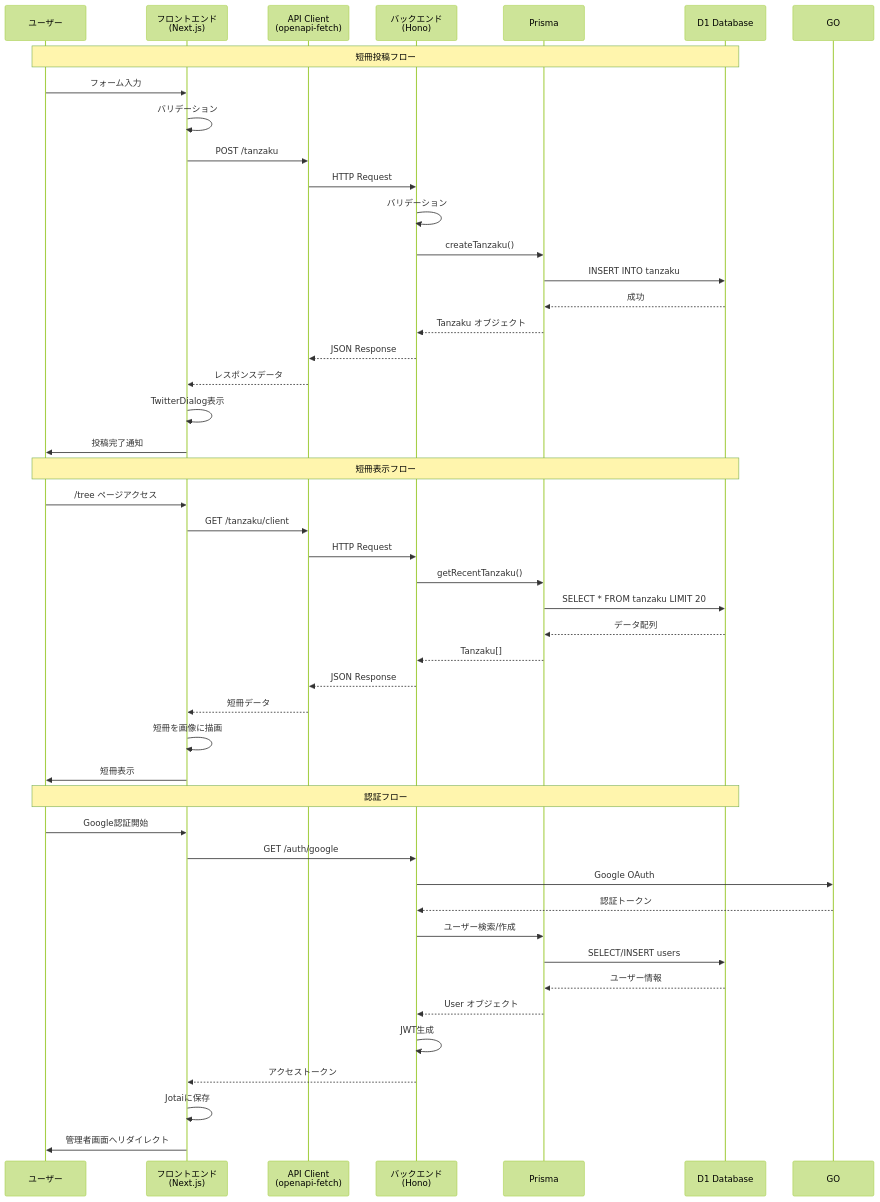
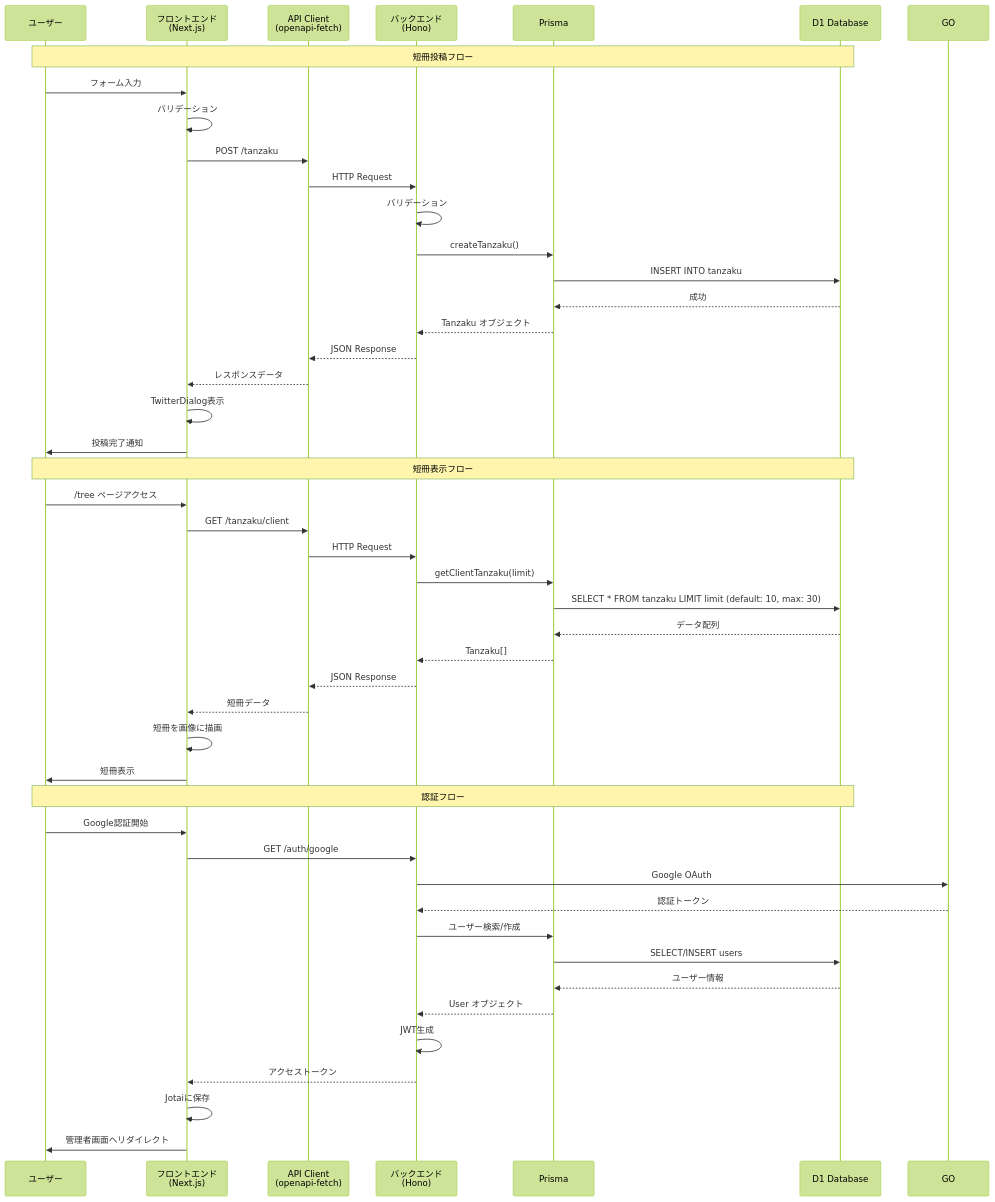
Before and after one commit to itl-marubu/tanzaku-frontend-v2: the fourth of 4 diagrams in architecture.md, drawn with Mermaid (forest theme). The commit also changed other lines of this file and 6 other files, not shown here.

````diff
--- a/architecture.md
+++ b/architecture.md
@@ -263,51 +263,51 @@
 ```mermaid
 sequenceDiagram
     participant U as ユーザー
     participant F as フロントエンド<br/>(Next.js)
     participant API as API Client<br/>(openapi-fetch)
     participant B as バックエンド<br/>(Hono)
     participant P as Prisma
     participant D as D1 Database
 
     Note over U,D: 短冊投稿フロー
     U->>F: フォーム入力
     F->>F: バリデーション
     F->>API: POST /tanzaku
     API->>B: HTTP Request
     B->>B: バリデーション
     B->>P: createTanzaku()
     P->>D: INSERT INTO tanzaku
     D-->>P: 成功
     P-->>B: Tanzaku オブジェクト
     B-->>API: JSON Response
     API-->>F: レスポンスデータ
     F->>F: TwitterDialog表示
     F->>U: 投稿完了通知
 
     Note over U,D: 短冊表示フロー
     U->>F: /tree ページアクセス
     F->>API: GET /tanzaku/client
     API->>B: HTTP Request
-    B->>P: getRecentTanzaku()
-    P->>D: SELECT * FROM tanzaku LIMIT 20
+    B->>P: getClientTanzaku(limit)
+    P->>D: SELECT * FROM tanzaku LIMIT limit (default: 10, max: 30)
     D-->>P: データ配列
     P-->>B: Tanzaku[]
     B-->>API: JSON Response
     API-->>F: 短冊データ
     F->>F: 短冊を画像に描画
     F->>U: 短冊表示
 
     Note over U,D: 認証フロー
     U->>F: Google認証開始
     F->>B: GET /auth/google
     B->>GO: Google OAuth
     GO-->>B: 認証トークン
     B->>P: ユーザー検索/作成
     P->>D: SELECT/INSERT users
     D-->>P: ユーザー情報
     P-->>B: User オブジェクト
     B->>B: JWT生成
     B-->>F: アクセストークン
     F->>F: Jotaiに保存
     F->>U: 管理者画面へリダイレクト
 ```
````
